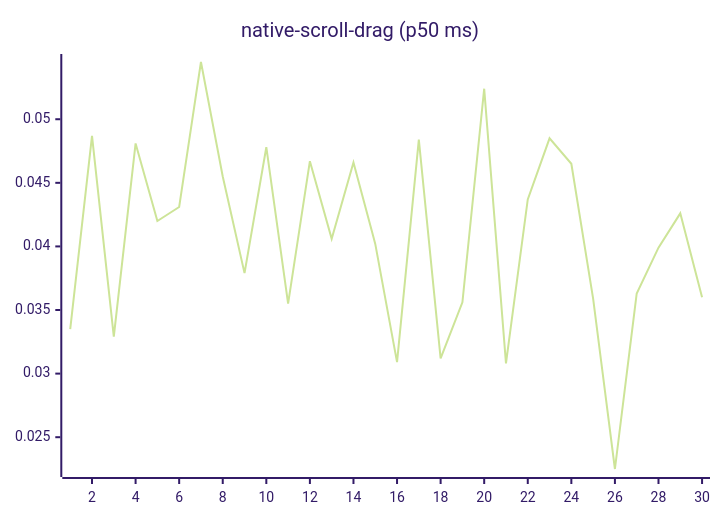
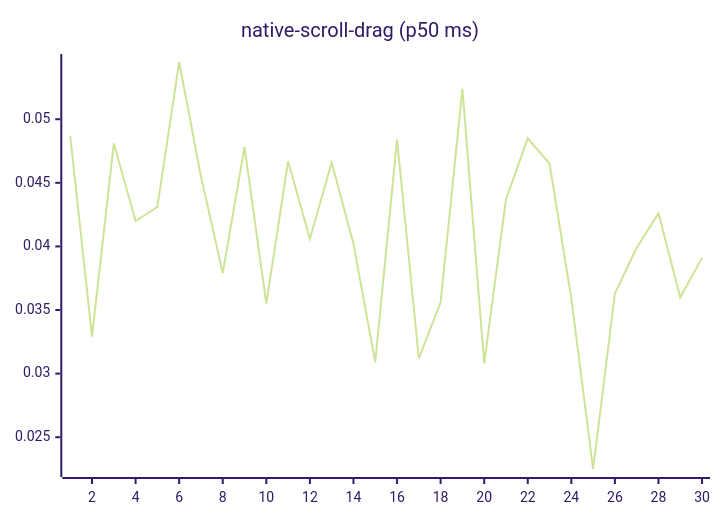
One commit to josha/Facet changed diagram 14 of 27 in README.md. Above: the diagram before and after it, drawn with Mermaid (forest theme). The commit also changed other lines of this file and 2 other files, not shown here.

````diff
--- a/README.md
+++ b/README.md
@@ -154,6 +154,6 @@
 ```mermaid
 xychart-beta
     title "native-scroll-drag (p50 ms)"
     x-axis 1 --> 30
-    line [0.0335, 0.0487, 0.0329, 0.0481, 0.0420, 0.0431, 0.0545, 0.0455, 0.0379, 0.0478, 0.0355, 0.0467, 0.0406, 0.0466, 0.0402, 0.0309, 0.0484, 0.0312, 0.0356, 0.0524, 0.0308, 0.0437, 0.0485, 0.0465, 0.0359, 0.0225, 0.0363, 0.0399, 0.0426, 0.0360]
+    line [0.0487, 0.0329, 0.0481, 0.0420, 0.0431, 0.0545, 0.0455, 0.0379, 0.0478, 0.0355, 0.0467, 0.0406, 0.0466, 0.0402, 0.0309, 0.0484, 0.0312, 0.0356, 0.0524, 0.0308, 0.0437, 0.0485, 0.0465, 0.0359, 0.0225, 0.0363, 0.0399, 0.0426, 0.0360, 0.0391]
 ```
````
